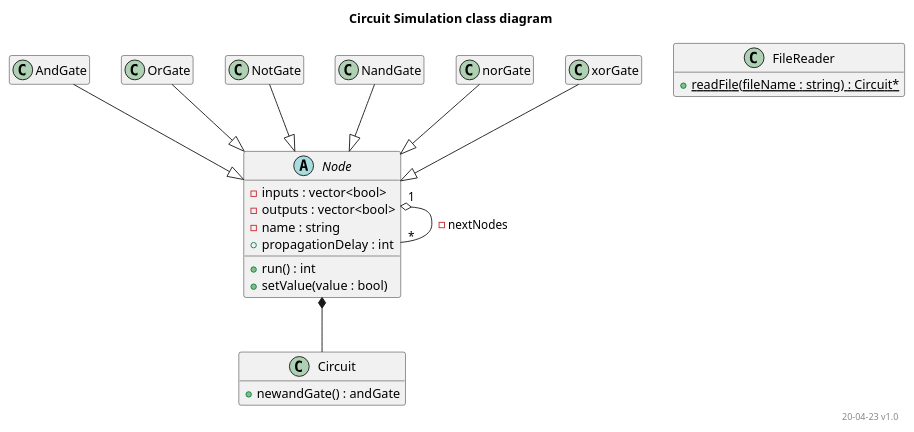
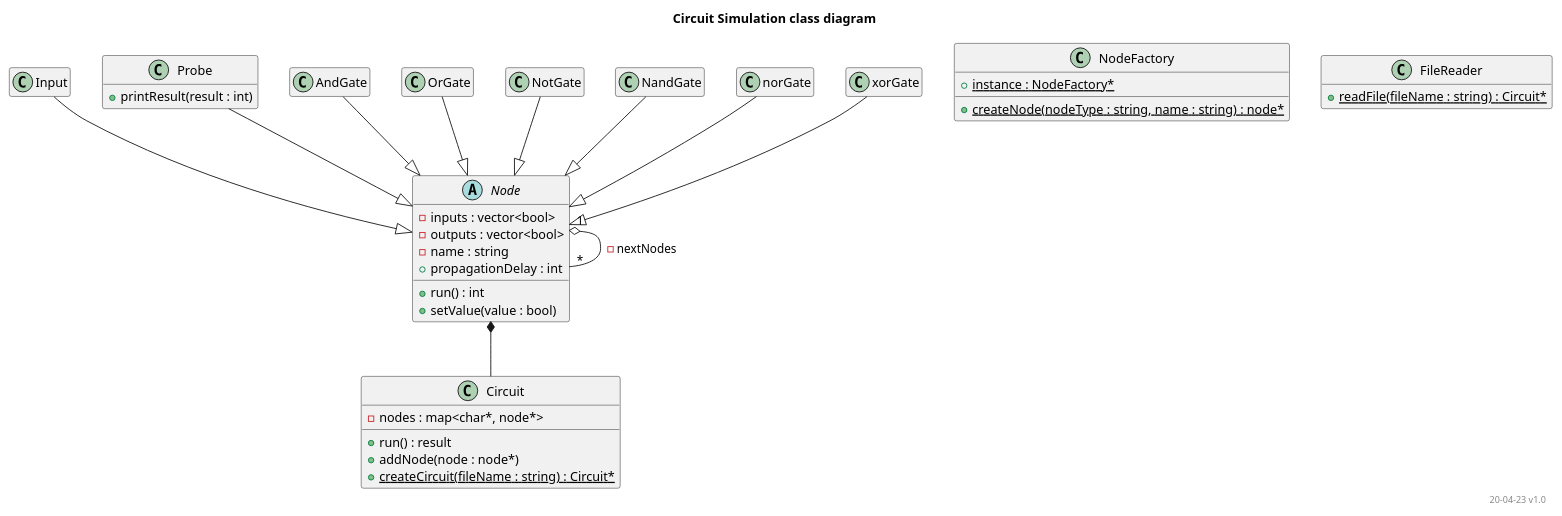
One commit to JeeJay23/DEPA_eindopdr changed the diagram in documentation/ClassDiagram.puml. Above: the diagram before and after it, drawn with PlantUML. The commit also changed 2 other files, not shown here.

```diff
--- a/documentation/ClassDiagram.puml
+++ b/documentation/ClassDiagram.puml
@@ -1,54 +1,67 @@
 @startuml classDiagram
 
 title Circuit Simulation class diagram
 right footer "20-04-23 v1.0"
 
 hide empty members
 
 abstract class node as "Node" {
     - inputs : vector<bool>
     - outputs : vector<bool>
     - name : string
     + propagationDelay : int
     + run() : int 
     + setValue(value : bool)
 }
 
 class circuit as "Circuit" {
-    + newandGate() : andGate
+
+    'store nodes by name as identifier'
+    - nodes : map<char*, node*>
+
+    + run() : result
+    + addNode(node : node*)
+    + {static} createCircuit(fileName : string) : Circuit*
 }
 
-
-class fileReader as "FileReader" {
-    + {static} readFile(fileName : string) : Circuit*
+class input as "Input" {
 }
-
-' class parser as "Parser" {
-'     + {static} parseDescription()
-' }
-
+class probe as "Probe" {
+    + printResult(result : int)
+}
 class andGate as "AndGate" {
 }
 class orGate as "OrGate" {
 }
 class notGate as "NotGate" {
 }
 class nandGate as "NandGate" {
 }
 class norGate as "norGate" {
 }
 class xorGate as "xorGate" {
 }
 
+class nodeFactory as "NodeFactory" {
+    + {static} instance : NodeFactory*
+    + {static} createNode(nodeType : string, name : string) : node*
+}
+
+class fileReader as "FileReader" {
+    + {static} readFile(fileName : string) : Circuit*
+}
 
 node *-- circuit
 node "1" o-- "*" node : - nextNodes
 andGate --|> node
 orGate --|> node
 notGate --|> node
 nandGate --|> node
 norGate --|> node
 xorGate --|> node
+input --|> node
+probe --|> node
+
 
 
 @enduml
```
